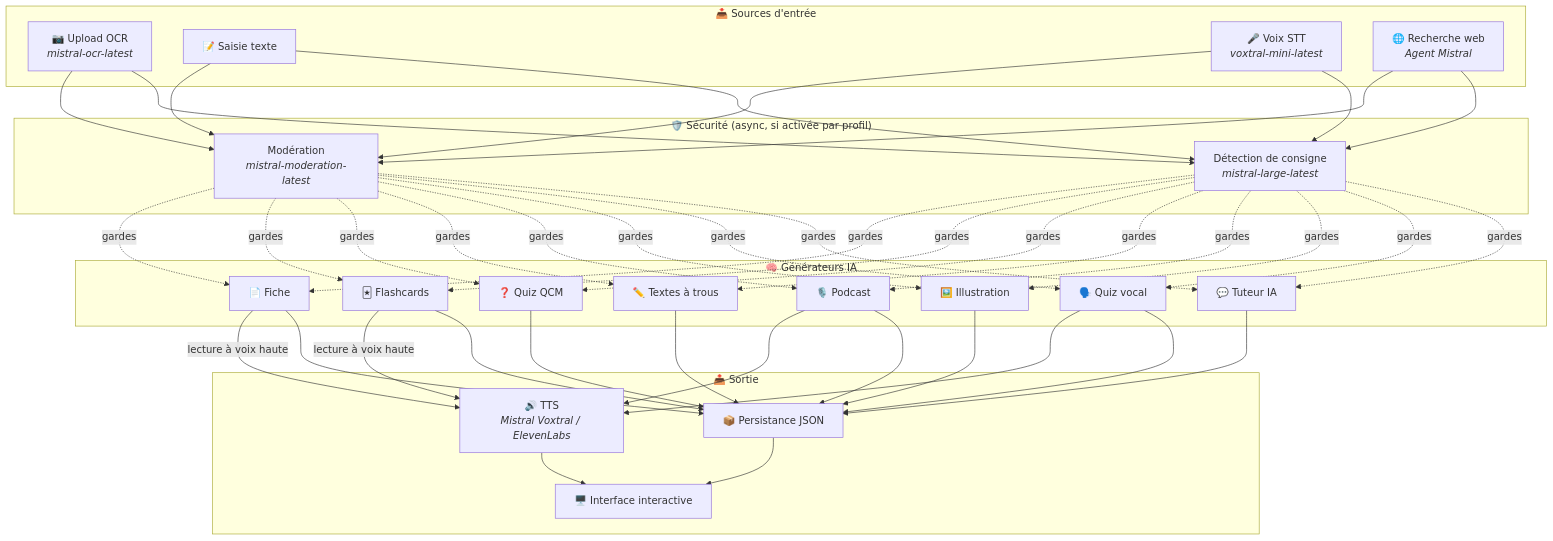
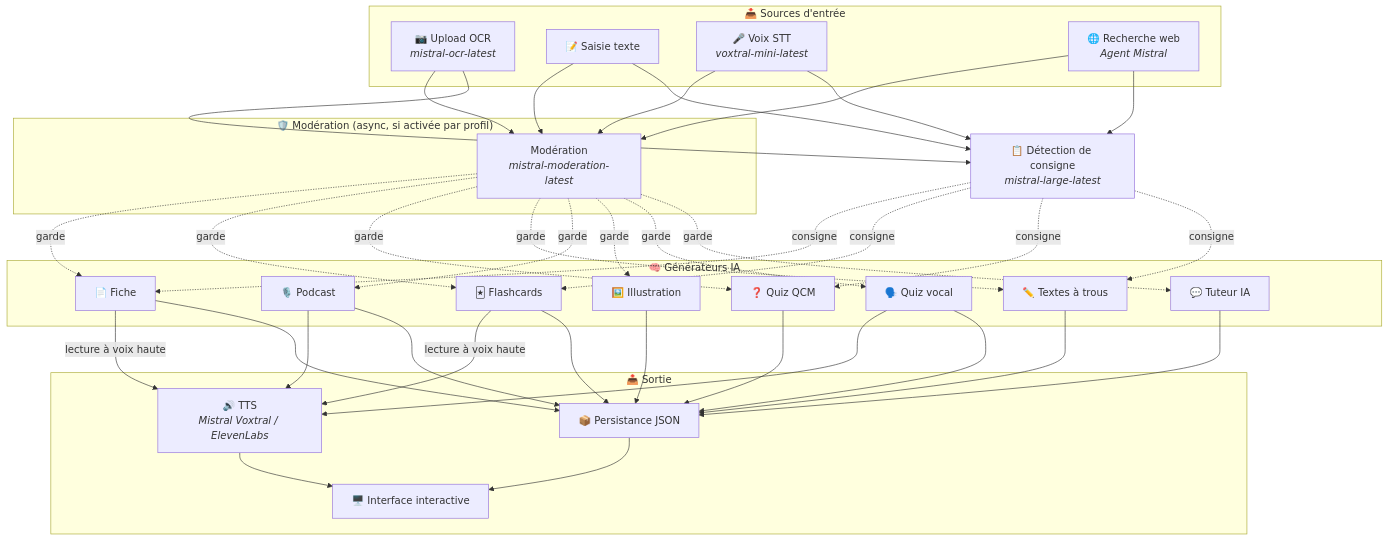
Before and after one commit to jls42/EurekAI: the first of 3 diagrams in README-ar.md, drawn with Mermaid. The commit also changed other lines of this file and 16 other files, not shown here.

````diff
--- a/README-ar.md
+++ b/README-ar.md
@@ -72,40 +72,43 @@
 ```mermaid
 graph TD
     subgraph "📥 Sources d'entrée"
         OCR["📷 Upload OCR<br/><i>mistral-ocr-latest</i>"]
         TXT["📝 Saisie texte"]
         MIC["🎤 Voix STT<br/><i>voxtral-mini-latest</i>"]
         WEB["🌐 Recherche web<br/><i>Agent Mistral</i>"]
     end
 
-    subgraph "🛡️ Sécurité (async, si activée par profil)"
+    subgraph "🛡️ Modération (async, si activée par profil)"
         MOD["Modération<br/><i>mistral-moderation-latest</i>"]
-        CON["Détection de consigne<br/><i>mistral-large-latest</i>"]
     end
+
+    CON["📋 Détection de consigne<br/><i>mistral-large-latest</i>"]
 
     subgraph "🧠 Générateurs IA"
         SUM["📄 Fiche"]
         FC["🃏 Flashcards"]
         QZ["❓ Quiz QCM"]
         FB["✏️ Textes à trous"]
         POD["🎙️ Podcast"]
         IMG["🖼️ Illustration"]
         QV["🗣️ Quiz vocal"]
         CHAT["💬 Tuteur IA"]
     end
 
     subgraph "📤 Sortie"
         TTS["🔊 TTS<br/><i>Mistral Voxtral / ElevenLabs</i>"]
         JSON["📦 Persistance JSON"]
         UI["🖥️ Interface interactive"]
     end
 
-    OCR & TXT & MIC & WEB --> MOD & CON
-    MOD & CON -.->|gardes| SUM & FC & QZ & FB & POD & IMG & QV & CHAT
+    OCR & TXT & MIC & WEB --> MOD
+    OCR & TXT & MIC & WEB --> CON
+    MOD -.->|garde| SUM & FC & QZ & FB & POD & IMG & QV & CHAT
+    CON -.->|consigne| SUM & FC & QZ & FB
     POD --> TTS
     QV --> TTS
     SUM & FC -->|lecture à voix haute| TTS
     SUM & FC & QZ & FB & POD & IMG & QV & CHAT --> JSON
     JSON --> UI
     TTS --> UI
 ```
````
